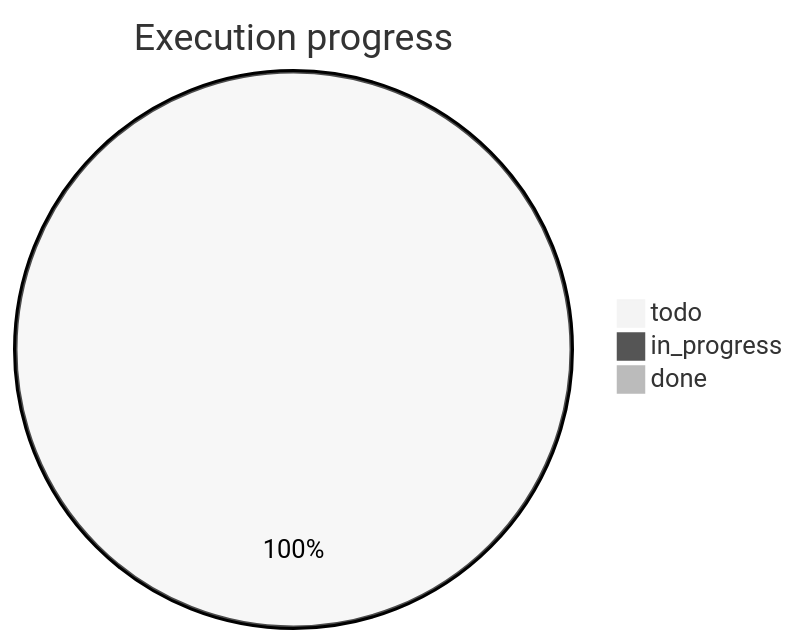
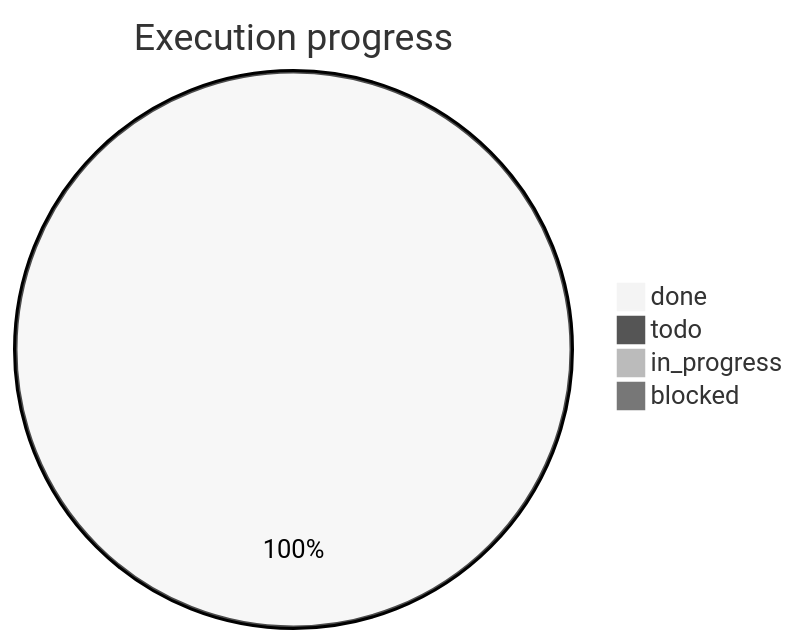
The diagram in .agents/sessions/Task-8-Task-8-coding-rules-investigate/EXECUTION.md (2tsoftwareapp/super-template), drawn with Mermaid (neutral theme) before and after one commit. The commit also changed other lines of this file and 18 other files, not shown here.

````diff
--- a/.agents/sessions/Task-8-Task-8-coding-rules-investigate/EXECUTION.md
+++ b/.agents/sessions/Task-8-Task-8-coding-rules-investigate/EXECUTION.md
@@ -22,6 +24,7 @@
 ```mermaid
 pie title Execution progress
-  "todo" : 17
+  "done" : 17
+  "todo" : 0
   "in_progress" : 0
-  "done" : 0
+  "blocked" : 0
 ```
````
